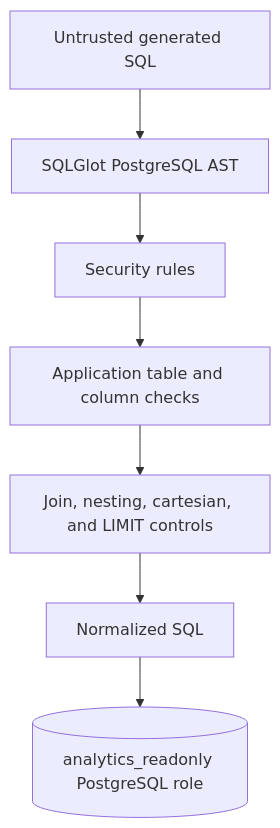
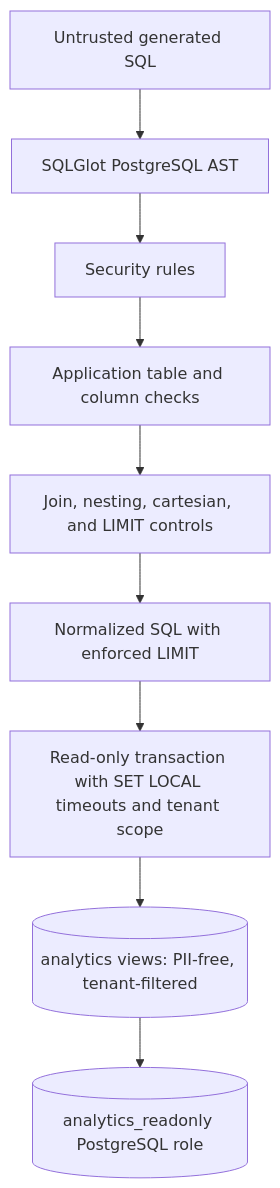
One commit to TitanMashy/ai-sql-analytics-copilot changed the diagram in docs/security.md. Above: the diagram before and after it, drawn with Mermaid. The commit also changed other lines of this file and 73 other files, not shown here.

````diff
--- a/docs/security.md
+++ b/docs/security.md
@@ -11,9 +11,11 @@
 ```mermaid
 flowchart TD
     LLM[Untrusted generated SQL] --> Parse[SQLGlot PostgreSQL AST]
     Parse --> Rules[Security rules]
     Rules --> Allowlist[Application table and column checks]
     Allowlist --> Complexity[Join, nesting, cartesian, and LIMIT controls]
-    Complexity --> Normalize[Normalized SQL]
-    Normalize --> Readonly[(analytics_readonly PostgreSQL role)]
+    Complexity --> Normalize[Normalized SQL with enforced LIMIT]
+    Normalize --> Tx[Read-only transaction with SET LOCAL timeouts and tenant scope]
+    Tx --> Views[(analytics views: PII-free, tenant-filtered)]
+    Views --> Readonly[(analytics_readonly PostgreSQL role)]
 ```
````
